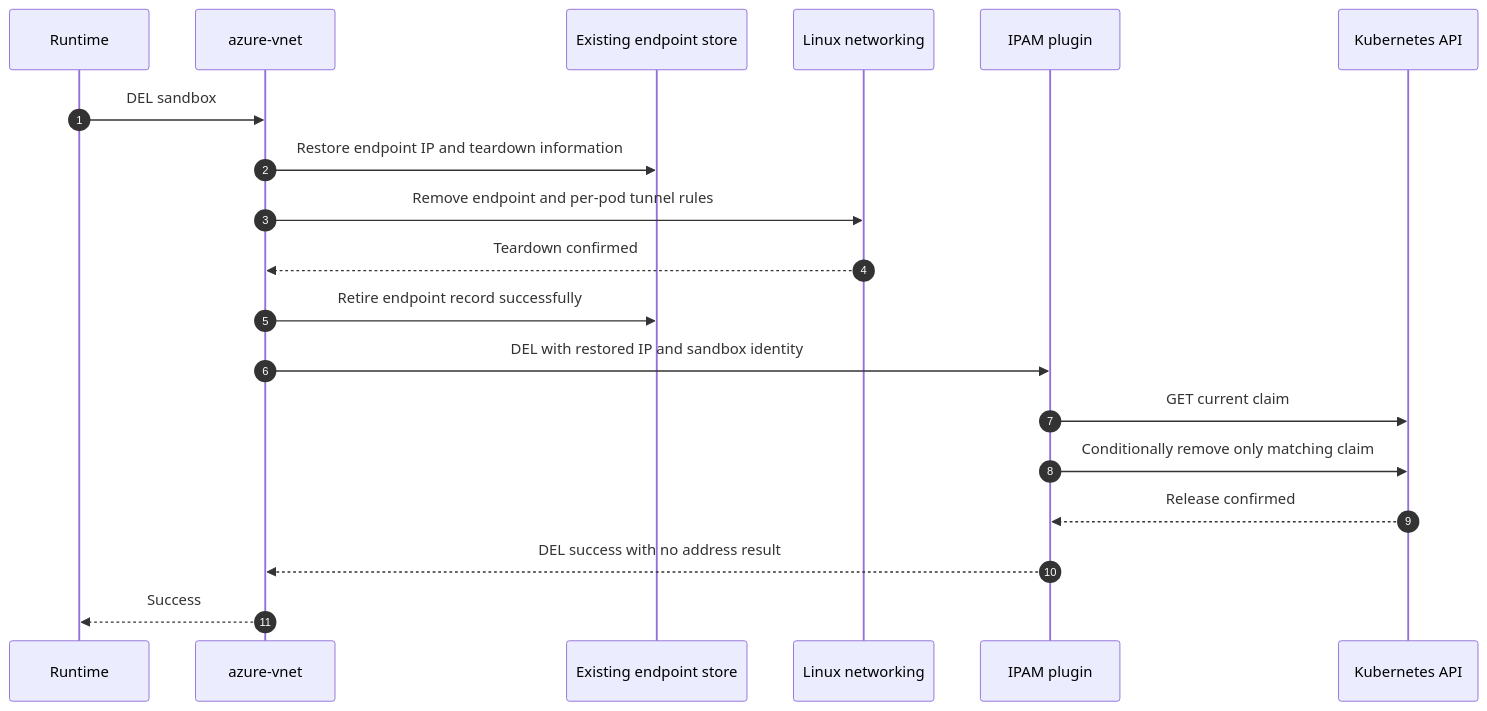
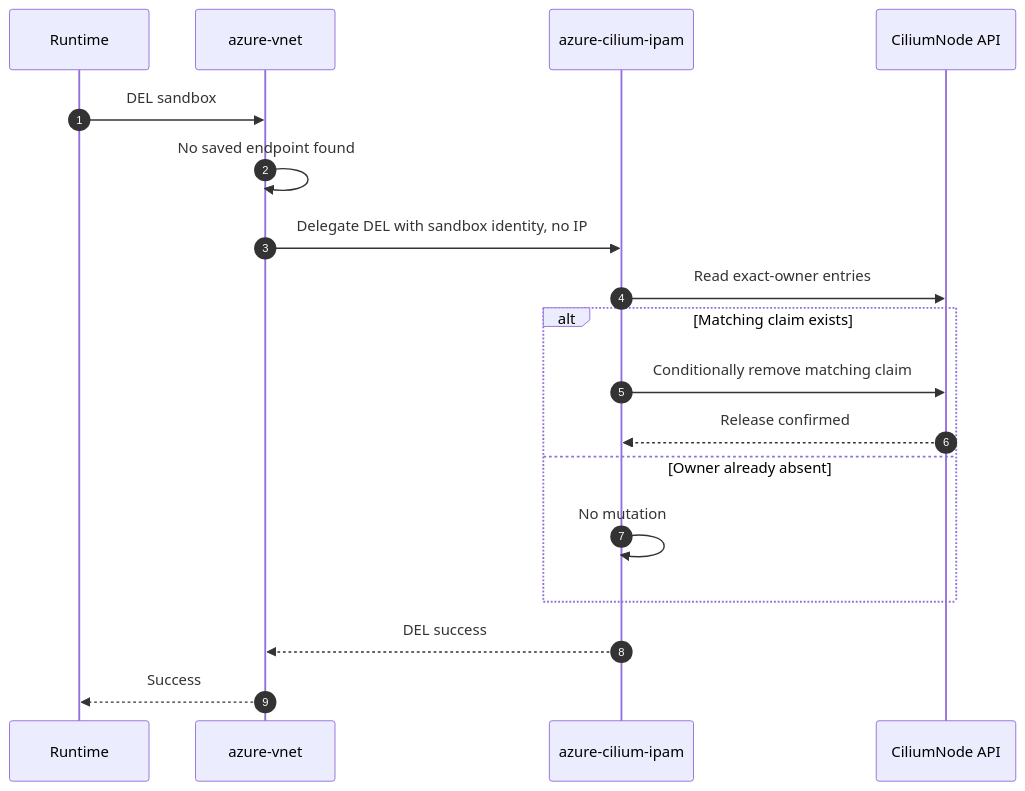
Before and after one commit to Azure/azure-container-networking: the seventh of 9 diagrams in docs/cilium-operator-ipam.md, drawn with Mermaid. The commit also changed other lines of this file, not shown here.

First line of the commit message:
Refocus the Cilium IPAM lifecycle proposal

````diff
--- a/docs/cilium-operator-ipam.md
+++ b/docs/cilium-operator-ipam.md
@@ -854,21 +366,20 @@
 ```mermaid
 sequenceDiagram
     autonumber
     participant R as Runtime
     participant C as azure-vnet
-    participant S as Existing endpoint store
-    participant L as Linux networking
-    participant I as IPAM plugin
-    participant K as Kubernetes API
+    participant I as azure-cilium-ipam
+    participant K as CiliumNode API
     R->>C: DEL sandbox
-    C->>S: Restore endpoint IP and teardown information
-    C->>L: Remove endpoint and per-pod tunnel rules
-    L-->>C: Teardown confirmed
-    C->>S: Retire endpoint record successfully
-    C->>I: DEL with restored IP and sandbox identity
-    I->>K: GET current claim
-    I->>K: Conditionally remove only matching claim
-    K-->>I: Release confirmed
-    I-->>C: DEL success with no address result
+    C->>C: No saved endpoint found
+    C->>I: Delegate DEL with sandbox identity, no IP
+    I->>K: Read exact-owner entries
+    alt Matching claim exists
+        I->>K: Conditionally remove matching claim
+        K-->>I: Release confirmed
+    else Owner already absent
+        I->>I: No mutation
+    end
+    I-->>C: DEL success
     C-->>R: Success
 ```
````
